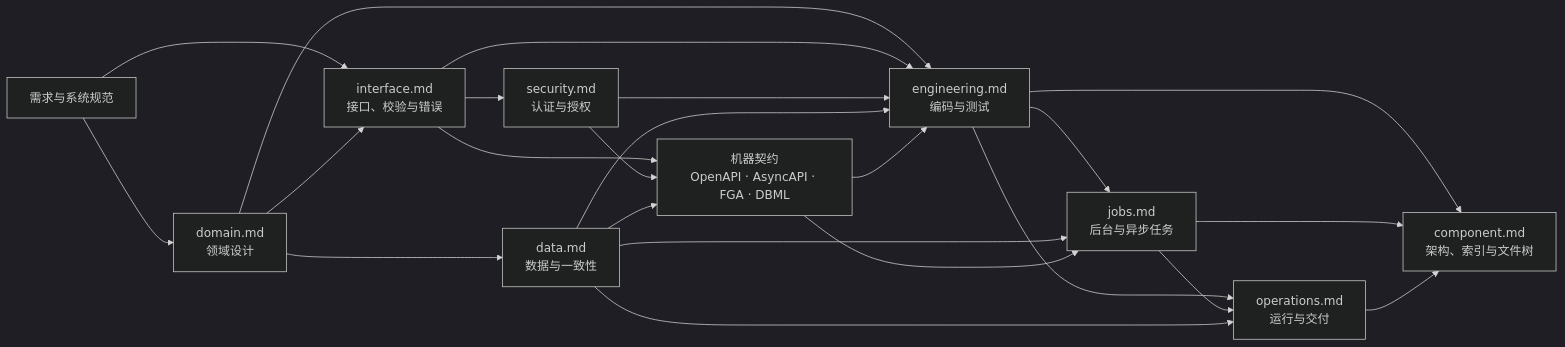
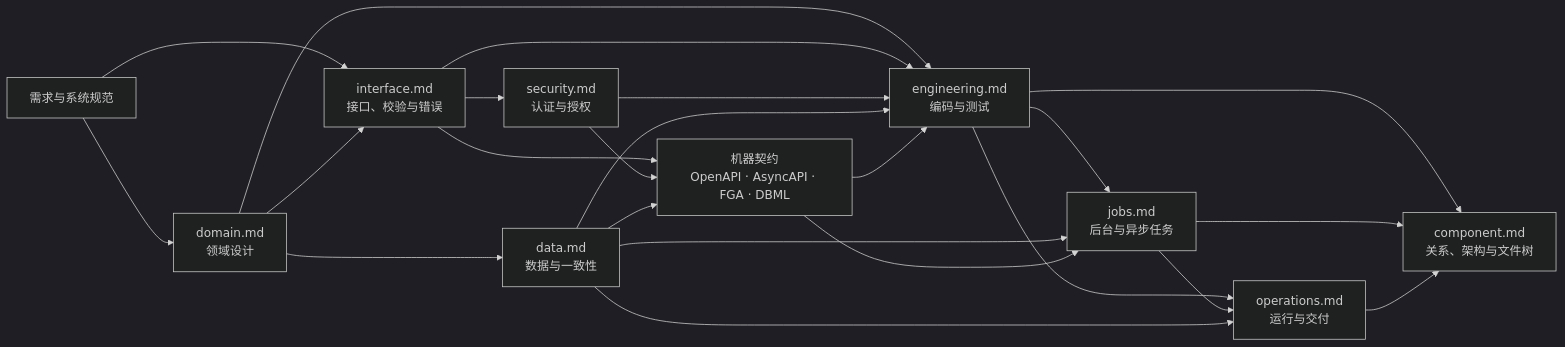
Before and after one commit to swainle/workflows: the diagram in templates/backend-design.template.md, drawn with Mermaid (dark theme). The commit also changed other lines of this file and 4 other files, not shown here.

````diff
--- a/templates/backend-design.template.md
+++ b/templates/backend-design.template.md
@@ -56,36 +56,36 @@
 ```mermaid
 flowchart LR
     source["需求与系统规范"]
     domain["domain.md<br/>领域设计"]
     interface["interface.md<br/>接口、校验与错误"]
     security["security.md<br/>认证与授权"]
     data["data.md<br/>数据与一致性"]
     contracts["机器契约<br/>OpenAPI · AsyncAPI · FGA · DBML"]
     engineering["engineering.md<br/>编码与测试"]
     jobs["jobs.md<br/>后台与异步任务"]
     operations["operations.md<br/>运行与交付"]
-    component["component.md<br/>架构、索引与文件树"]
+    component["component.md<br/>关系、架构与文件树"]
 
     source --> domain
     source --> interface
     domain --> interface
     domain --> data
     interface --> security
     interface --> contracts
     security --> contracts
     data --> contracts
     domain --> engineering
     interface --> engineering
     security --> engineering
     data --> engineering
     contracts --> engineering
     engineering --> jobs
     data --> jobs
     contracts --> jobs
     engineering --> operations
     jobs --> operations
     data --> operations
     engineering --> component
     jobs --> component
     operations --> component
 ```
````
